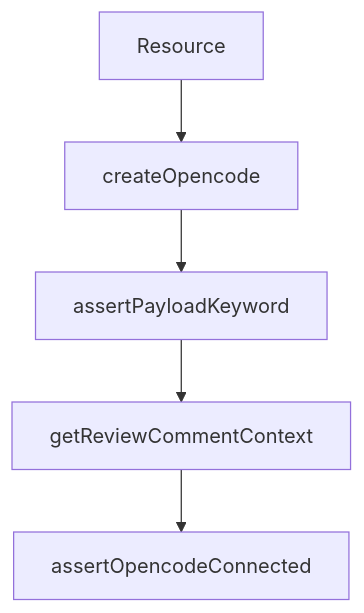
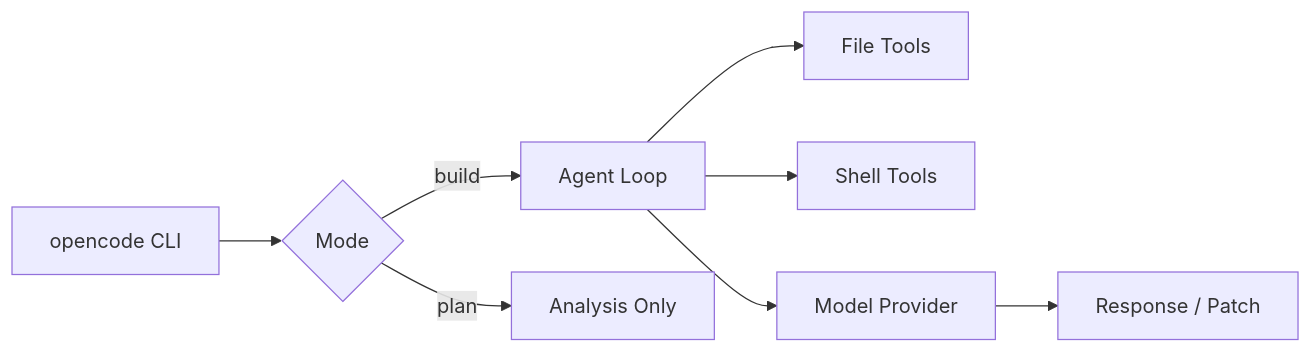
One commit to johnxie/awesome-code-docs changed the diagram in tutorials/opencode-tutorial/01-getting-started.md. Above: the diagram before and after it, drawn with Mermaid. The commit also changed other lines of this file and 1232 other files, not shown here.

````diff
--- a/tutorials/opencode-tutorial/01-getting-started.md
+++ b/tutorials/opencode-tutorial/01-getting-started.md
@@ -229,12 +60,10 @@
 ```mermaid
-flowchart TD
-    A[Resource]
-    B[createOpencode]
-    C[assertPayloadKeyword]
-    D[getReviewCommentContext]
-    E[assertOpencodeConnected]
-    A --> B
-    B --> C
-    C --> D
-    D --> E
+flowchart LR
+    A[opencode CLI] --> B{Mode}
+    B -->|build| C[Agent Loop]
+    B -->|plan| D[Analysis Only]
+    C --> E[File Tools]
+    C --> F[Shell Tools]
+    C --> G[Model Provider]
+    G --> H[Response / Patch]
 ```
````
